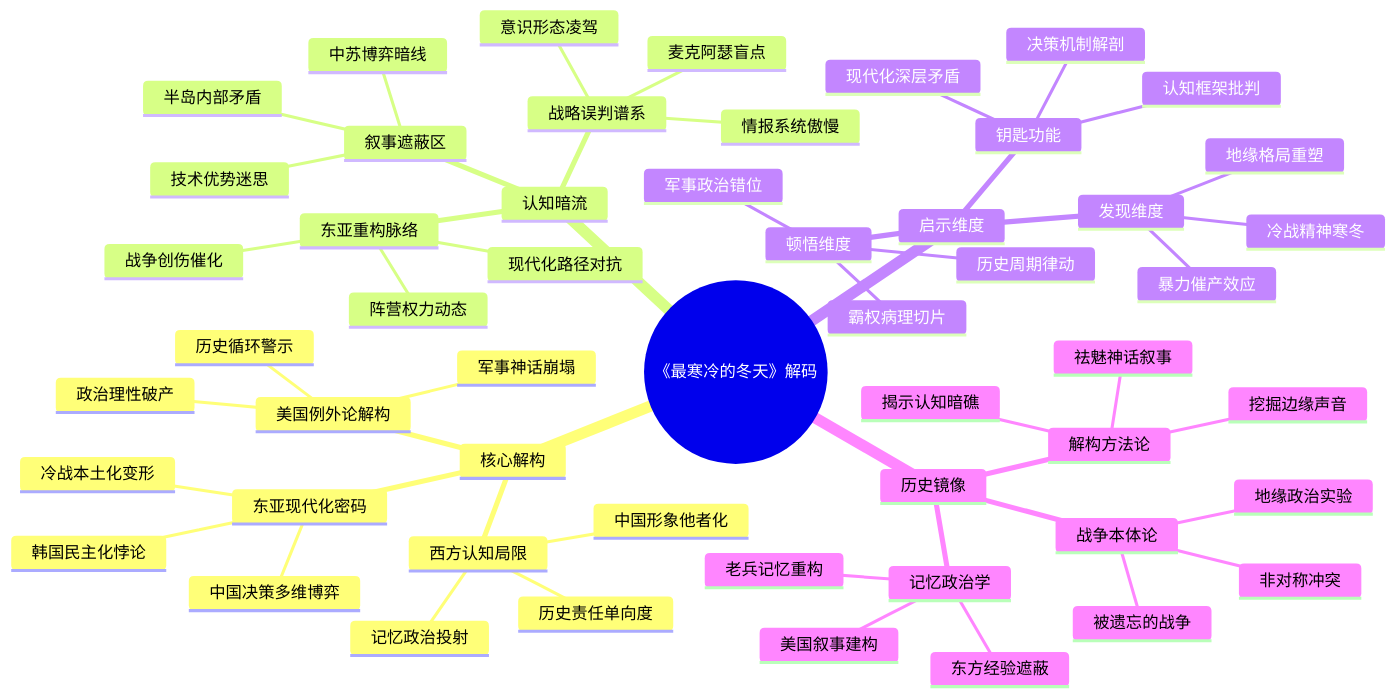
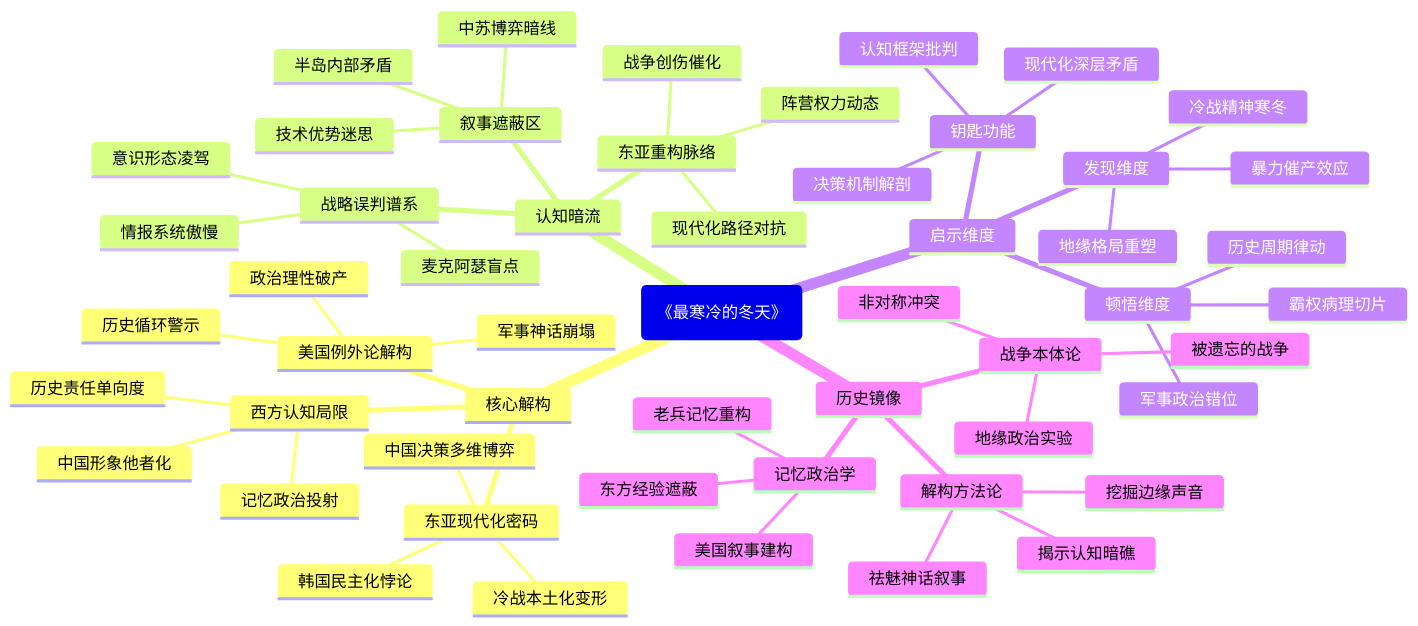
Before and after one commit to funloss/funKnowledge: the diagram in 读书/世界历史/最寒冷的冬天.md, drawn with Mermaid. The commit also changed 74 other files, not shown here.

````diff
--- a/读书/世界历史/最寒冷的冬天.md
+++ b/读书/世界历史/最寒冷的冬天.md
@@ -2,59 +2,59 @@
 ```mermaid
 mindmap
-  root((《最寒冷的冬天》解码))
+  root(《最寒冷的冬天》)
     核心解构
       美国例外论解构
         军事神话崩塌
         政治理性破产
         历史循环警示
       东亚现代化密码
         韩国民主化悖论
         中国决策多维博弈
         冷战本土化变形
       西方认知局限
         中国形象他者化
         历史责任单向度
         记忆政治投射
     
     认知暗流
       战略误判谱系
         麦克阿瑟盲点
         情报系统傲慢
         意识形态凌驾
       东亚重构脉络
         战争创伤催化
         阵营权力动态
         现代化路径对抗
       叙事遮蔽区
         半岛内部矛盾
         中苏博弈暗线
         技术优势迷思
     
     启示维度
       顿悟维度
         霸权病理切片
         军事政治错位
         历史周期律动
       发现维度
         冷战精神寒冬
         暴力催产效应
         地缘格局重塑
       钥匙功能
         决策机制解剖
         现代化深层矛盾
         认知框架批判
     
     历史镜像
       战争本体论
         被遗忘的战争
         非对称冲突
         地缘政治实验
       记忆政治学
         美国叙事建构
         东方经验遮蔽
         老兵记忆重构
       解构方法论
         祛魅神话叙事
         挖掘边缘声音
         揭示认知暗礁
 ``` 
````
